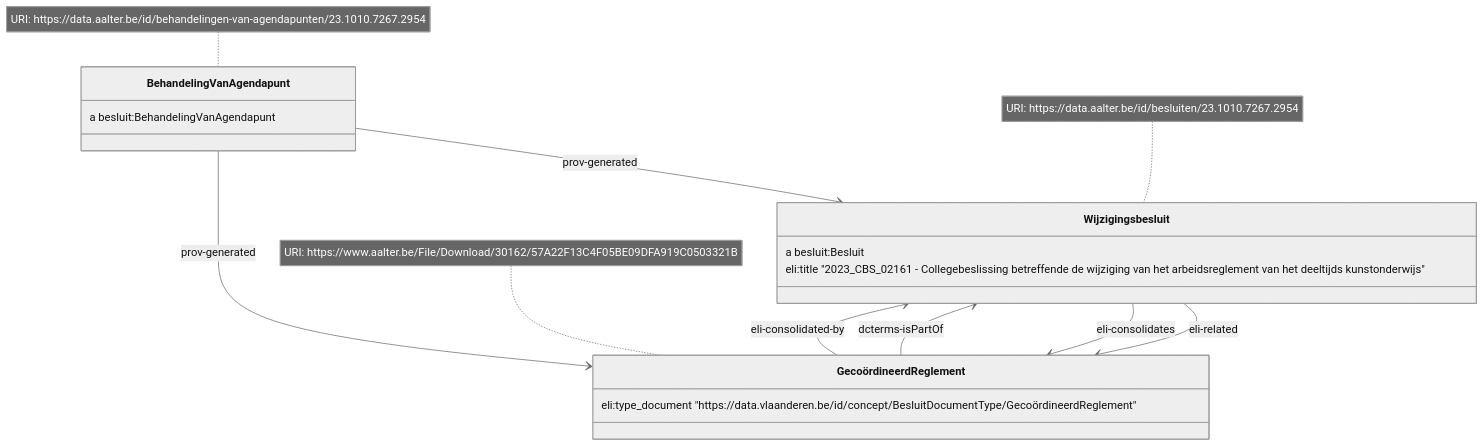
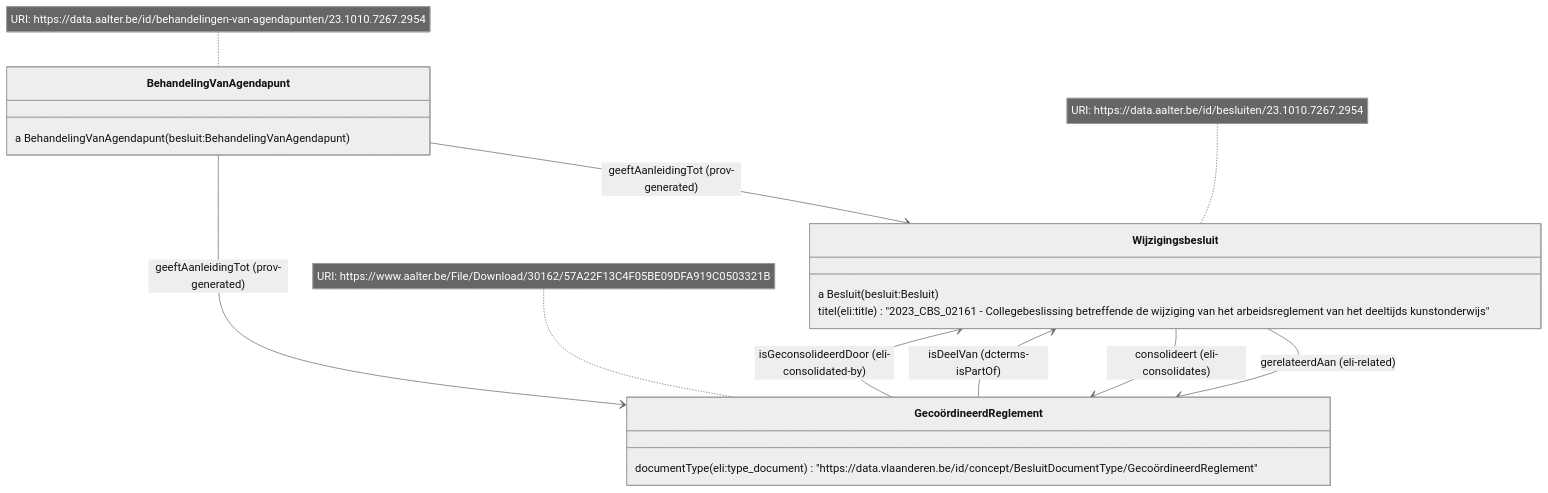
One commit to Informatievlaanderen/OSLOthema-slimmeRaadpleegOmgeving changed the ninth of 9 diagrams in README.md. Above: the diagram before and after it, drawn with Mermaid (neutral theme). The commit also changed other lines of this file, not shown here.

````diff
--- a/README.md
+++ b/README.md
@@ -300,24 +300,24 @@
 ```mermaid
 classDiagram
-    BehandelingVanAgendapunt --> Wijzigingsbesluit: prov-generated
-    BehandelingVanAgendapunt --> GecoördineerdReglement: prov-generated
-    Wijzigingsbesluit --> GecoördineerdReglement: eli-related
-    Wijzigingsbesluit --> GecoördineerdReglement: eli-consolidates
-    GecoördineerdReglement --> Wijzigingsbesluit: dcterms-isPartOf
-    GecoördineerdReglement --> Wijzigingsbesluit: eli-consolidated-by
+    BehandelingVanAgendapunt --> Wijzigingsbesluit: geeftAanleidingTot (prov-generated)
+    BehandelingVanAgendapunt --> GecoördineerdReglement: geeftAanleidingTot (prov-generated)
+    Wijzigingsbesluit --> GecoördineerdReglement: gerelateerdAan (eli-related)
+    Wijzigingsbesluit --> GecoördineerdReglement: consolideert (eli-consolidates)
+    GecoördineerdReglement --> Wijzigingsbesluit: isDeelVan (dcterms-isPartOf)
+    GecoördineerdReglement --> Wijzigingsbesluit: isGeconsolideerdDoor (eli-consolidated-by)
 
     note for BehandelingVanAgendapunt "URI: https://data.aalter.be/id/behandelingen-van-agendapunten/23.1010.7267.2954"
     note for Wijzigingsbesluit "URI: https://data.aalter.be/id/besluiten/23.1010.7267.2954"
     note for GecoördineerdReglement "URI: https://www.aalter.be/File/Download/30162/57A22F13C4F05BE09DFA919C0503321B"
 
     class BehandelingVanAgendapunt {
-      a besluit:BehandelingVanAgendapunt
+      a BehandelingVanAgendapunt (besluit:BehandelingVanAgendapunt)
     }
     class Wijzigingsbesluit {
-      a besluit:Besluit
-      eli:title "2023_CBS_02161 - Collegebeslissing betreffende de wijziging van het arbeidsreglement van het deeltijds kunstonderwijs"
+      a Besluit (besluit:Besluit)
+      titel (eli:title) "2023_CBS_02161 - Collegebeslissing betreffende de wijziging van het arbeidsreglement van het deeltijds kunstonderwijs"
     }
     class GecoördineerdReglement {
-      eli:type_document "https://data.vlaanderen.be/id/concept/BesluitDocumentType/GecoördineerdReglement"
+      documentType (eli:type_document) "https://data.vlaanderen.be/id/concept/BesluitDocumentType/GecoördineerdReglement"
     }
 ```
````
